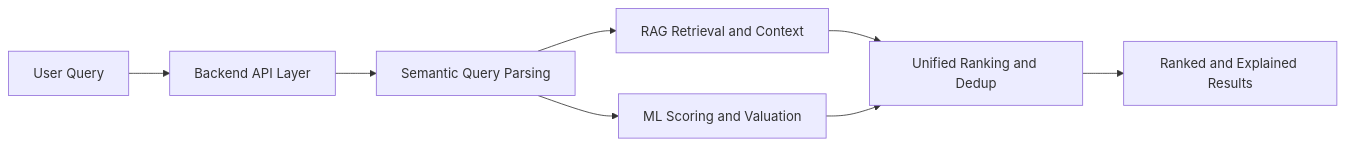
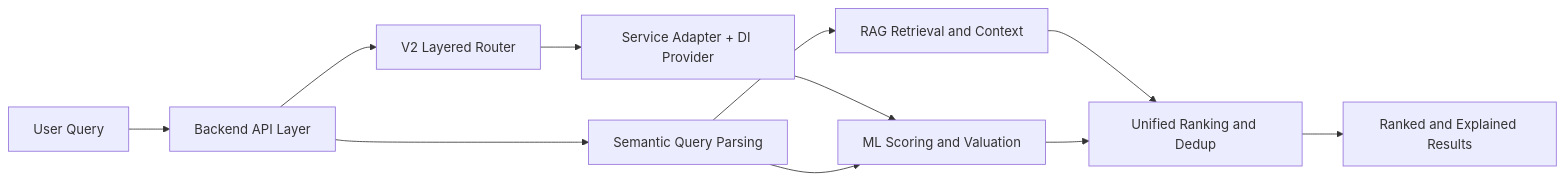
The second of 2 diagrams in Comparison_Analysis.md (itsUs3/Newest-ARK-Capstone), drawn with Mermaid before and after one commit. The commit also changed other lines of this file and 1 other file, not shown here.

````diff
--- a/Comparison_Analysis.md
+++ b/Comparison_Analysis.md
@@ -230,10 +253,13 @@
 ```mermaid
 flowchart LR
   U[User Query] --> API[Backend API Layer]
+  API --> V2[V2 Layered Router]
+  V2 --> SRV[Service Adapter + DI Provider]
   API --> PARSE[Semantic Query Parsing]
   PARSE --> RAG[RAG Retrieval and Context]
-  PARSE --> ML[ML Scoring and Valuation]
+  SRV --> ML[ML Scoring and Valuation]
+  PARSE --> ML
   RAG --> RANK[Unified Ranking and Dedup]
   ML --> RANK
   RANK --> OUT[Ranked and Explained Results]
 ```
````
